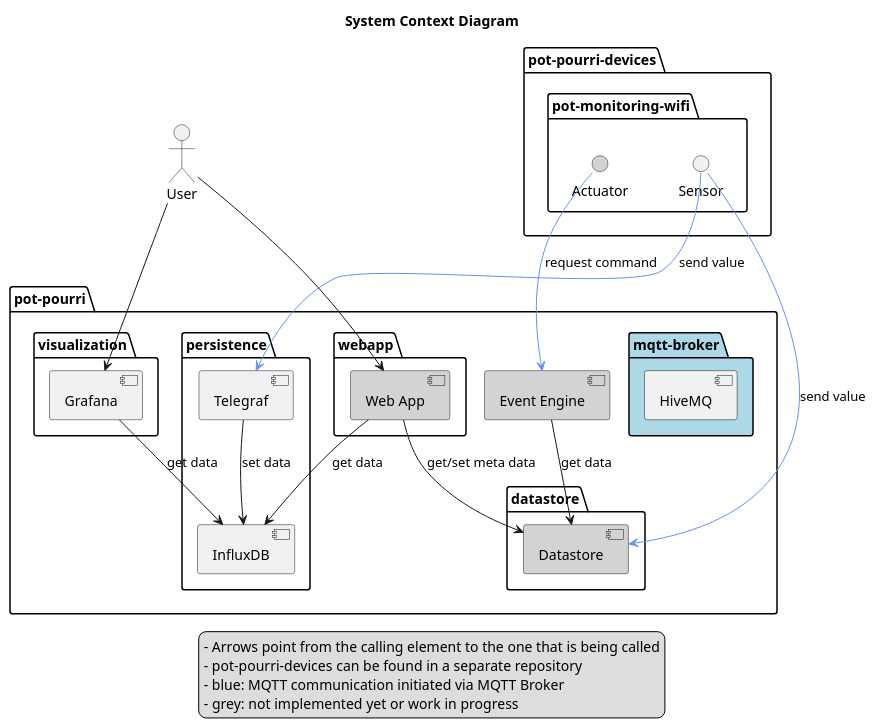
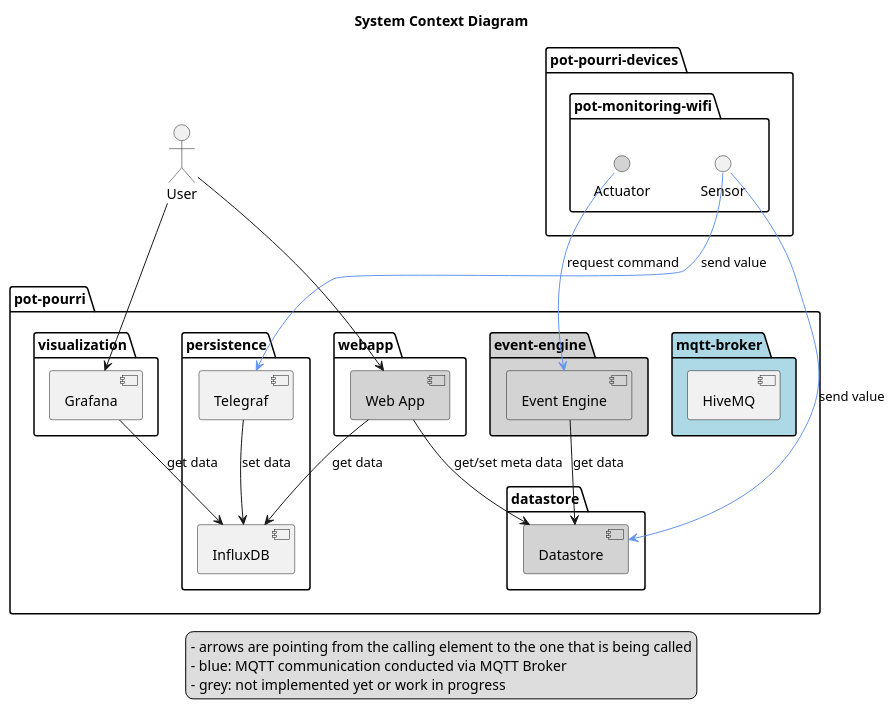
One commit to frederikheld/pot-pourri changed the diagram in docs/system_context.plantuml. Above: the diagram before and after it, drawn with PlantUML. The commit also changed 1 other file, not shown here.

Commit message:
Tweaks in readme and system context diagram

```diff
--- a/docs/system_context.plantuml
+++ b/docs/system_context.plantuml
@@ -1,63 +1,66 @@
 @startuml
 skinparam componentStyle uml2
 
 title System Context Diagram
 
 actor User
 
 package "pot-pourri" {
-    [Event Engine] #LightGrey
 
     package "mqtt-broker" #LightBlue {  
         [HiveMQ] as MQTTBroker
+    }
+
+    package "event-engine" #LightGrey {
+        [Event Engine] #LightGrey
     }
 
     package "persistence" {
         [InfluxDB]
         [Telegraf]
     }
     
     package "visualization" {
         [Grafana]
     }
 
     package "webapp" {
         [Web App] #LightGrey
     }
 
     package "datastore" {
         [Datastore] #LightGrey
     }
 }
 
 package "pot-pourri-devices" {
     package "pot-monitoring-wifi" {
         () "Sensor"
         () "Actuator" #LightGrey
     }
 }
 
 User --> [Grafana]
 
 [Grafana] --> [InfluxDB] : get data
 
 [Sensor] --> [Telegraf] #CornflowerBlue : send value
 [Sensor] --> [Datastore] #CornflowerBlue : send value
 [Telegraf] --> [InfluxDB] : set data
 
 User --> [Web App]
 [Web App] --> [Datastore] : get/set meta data
 [Web App] --> [InfluxDB] : get data
 
 [Event Engine] --> [Datastore] : get data
 [Actuator] --> [Event Engine] #CornflowerBlue : request command
 
 legend 
-    - Arrows point from the calling element to the one that is being called
-    - pot-pourri-devices can be found in a separate repository
-    - blue: MQTT communication initiated via MQTT Broker
+    - arrows are pointing from the calling element to the one that is being called
+    - blue: MQTT communication conducted via MQTT Broker
     - grey: not implemented yet or work in progress
+    'pot-pourri-devices can be found in a separate repository
     'Devices have to call other participants in order to allow energy savings with deep-sleep mode.
     'Deep-sleep mode might not be relevant for Actuators since they will need a lot more energy and therefore an external power supply.
 endlegend
 @enduml
```
